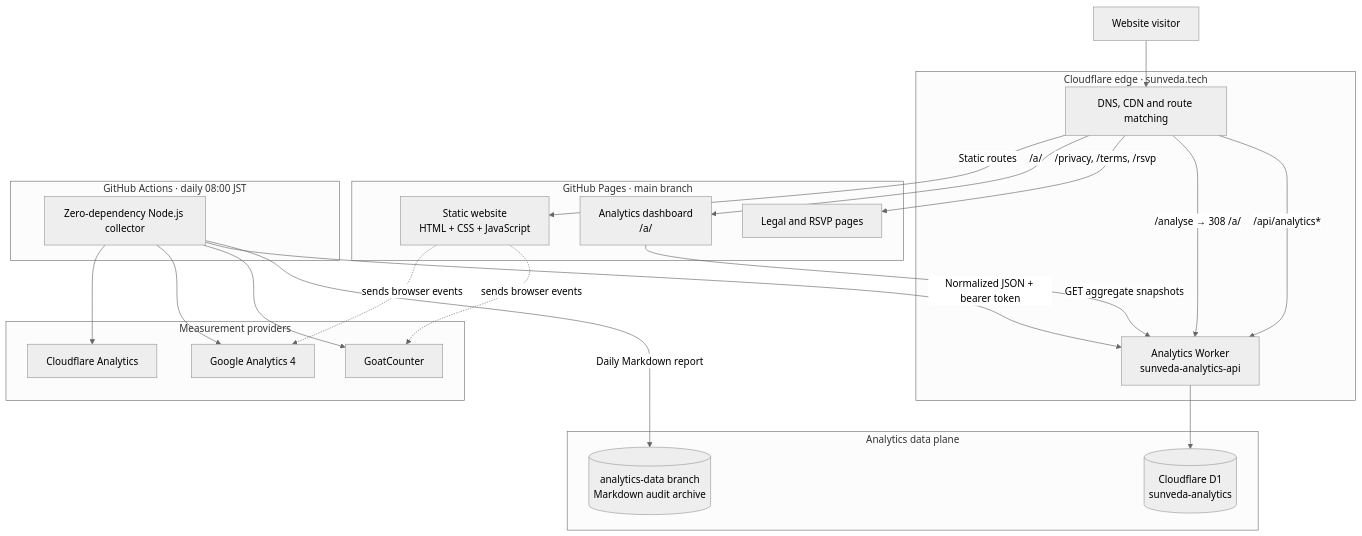
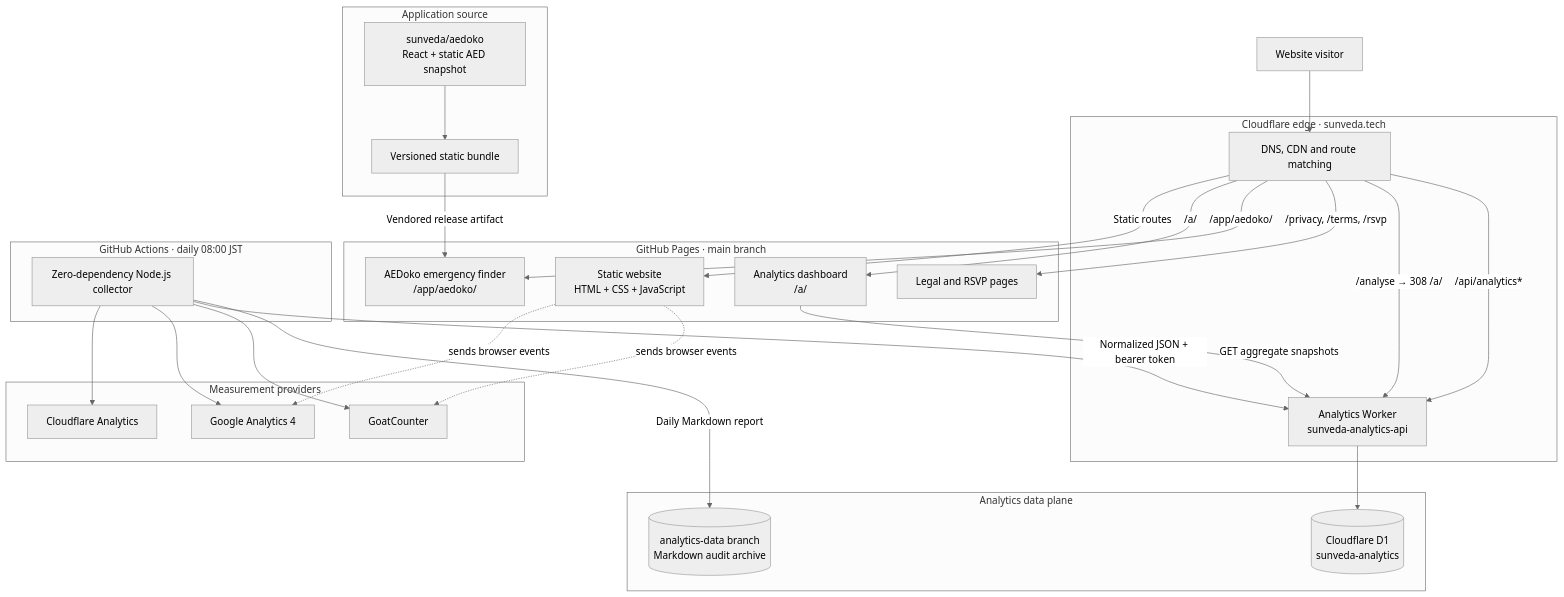
Before and after one commit to sunveda/sunveda.tech: the first of 2 diagrams in README.md, drawn with Mermaid (neutral theme). The commit also changed other lines of this file and 9 other files, not shown here.

Commit message:
Add AEDoko application route

````diff
--- a/README.md
+++ b/README.md
@@ -14,47 +14,57 @@
 ```mermaid
 flowchart TB
   visitor[Website visitor]
 
   subgraph edge[Cloudflare edge · sunveda.tech]
     cf[DNS, CDN and route matching]
     worker[Analytics Worker<br/>sunveda-analytics-api]
   end
 
   subgraph static[GitHub Pages · main branch]
     site[Static website<br/>HTML + CSS + JavaScript]
     dashboard[Analytics dashboard<br/>/a/]
+    aedoko[AEDoko emergency finder<br/>/app/aedoko/]
     pages[Legal and RSVP pages]
+  end
+
+  subgraph appsource[Application source]
+    aedrepo[sunveda/aedoko<br/>React + static AED snapshot]
+    aedbuild[Versioned static bundle]
   end
 
   subgraph data[Analytics data plane]
     d1[(Cloudflare D1<br/>sunveda-analytics)]
     archive[(analytics-data branch<br/>Markdown audit archive)]
   end
 
   subgraph providers[Measurement providers]
     cfa[Cloudflare Analytics]
     ga[Google Analytics 4]
     goat[GoatCounter]
   end
 
   subgraph automation[GitHub Actions · daily 08:00 JST]
     collector[Zero-dependency Node.js collector]
   end
 
   visitor --> cf
   cf -->|Static routes| site
   cf -->|/a/| dashboard
+  cf -->|/app/aedoko/| aedoko
   cf -->|/privacy, /terms, /rsvp| pages
   cf -->|/analyse → 308 /a/| worker
   cf -->|/api/analytics*| worker
   dashboard -->|GET aggregate snapshots| worker
   worker --> d1
+
+  aedrepo --> aedbuild
+  aedbuild -->|Vendored release artifact| aedoko
 
   site -. sends browser events .-> ga
   site -. sends browser events .-> goat
   collector --> cfa
   collector --> ga
   collector --> goat
   collector -->|Normalized JSON + bearer token| worker
   collector -->|Daily Markdown report| archive
 ```
````
